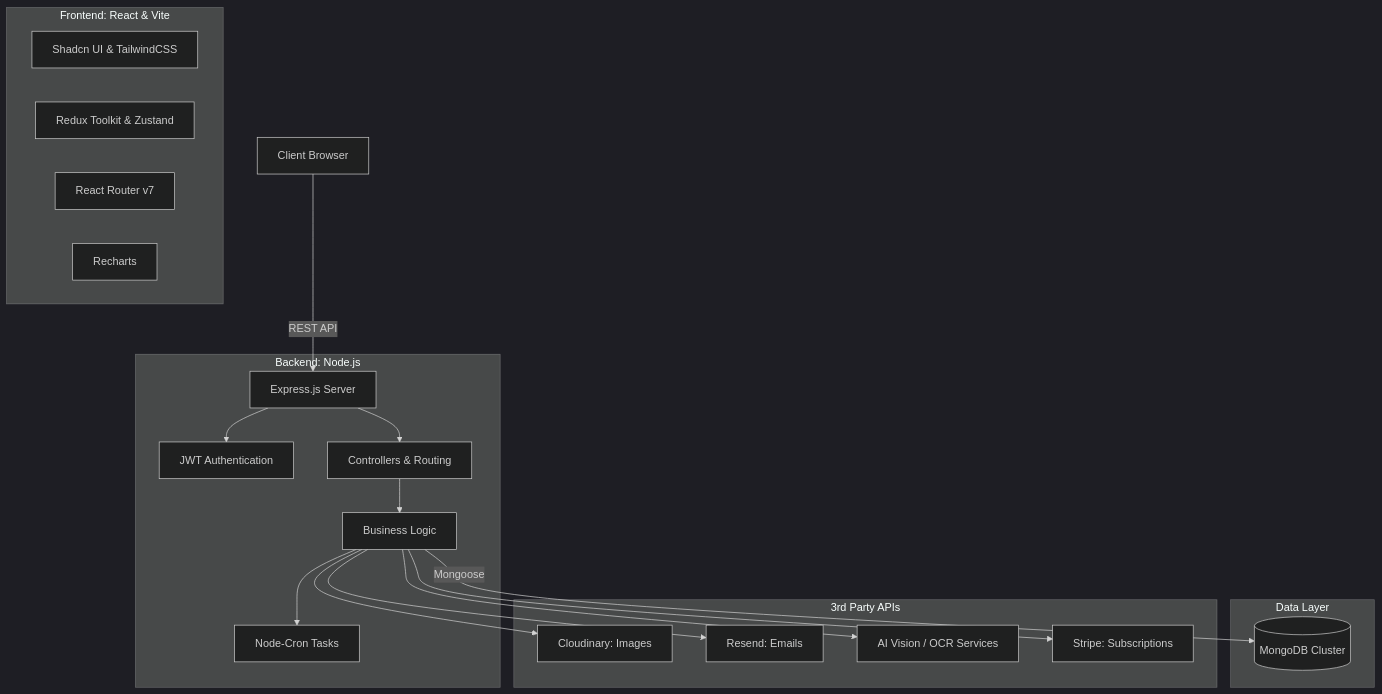
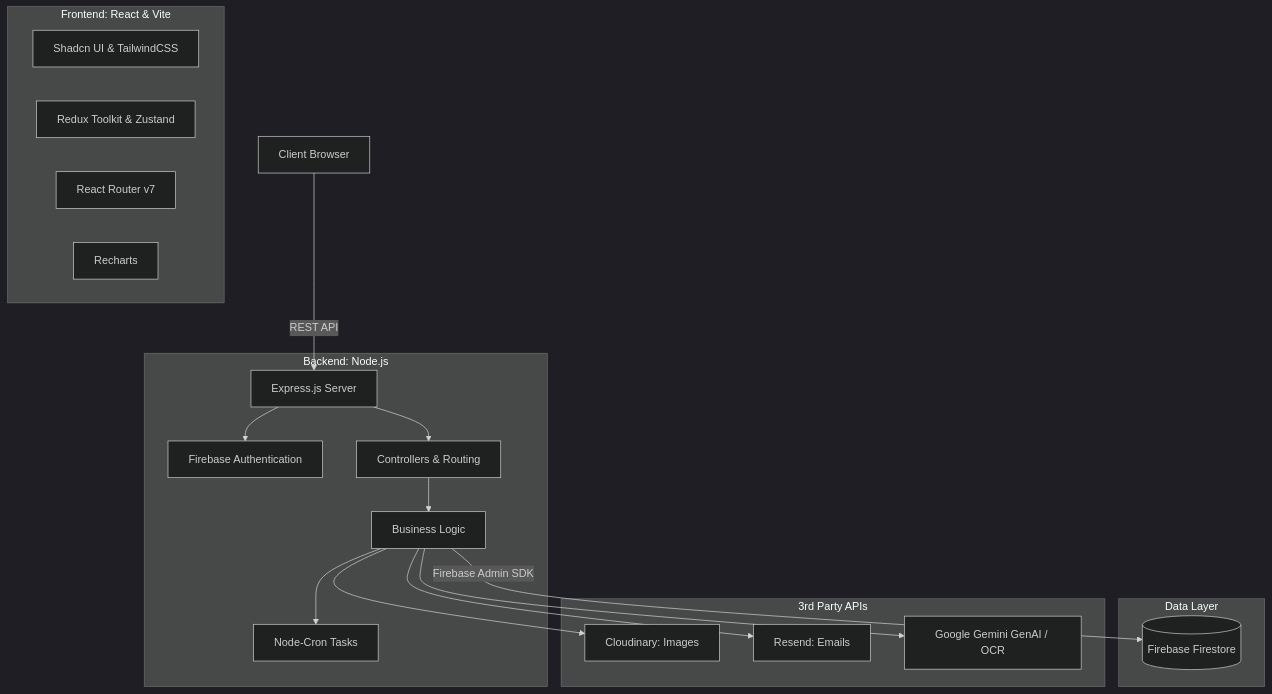
The diagram in README.md (bismay70/finsathi), drawn with Mermaid (dark theme) before and after one commit. The commit also changed other lines of this file and 36 other files, not shown here.

````diff
--- a/README.md
+++ b/README.md
@@ -66,29 +66,28 @@
 ```mermaid
 graph TD
     Client[Client Browser] -->|REST API| Express[Express.js Server]
     
     subgraph Frontend [Frontend: React & Vite]
         UI[Shadcn UI & TailwindCSS]
         State[Redux Toolkit & Zustand]
         Router[React Router v7]
         Charts[Recharts]
     end
     
     subgraph Backend [Backend: Node.js]
-        Express --> Auth[JWT Authentication]
+        Express --> Auth[Firebase Authentication]
         Express --> Controllers[Controllers & Routing]
         Controllers --> Services[Business Logic]
         Services --> CRON[Node-Cron Tasks]
     end
     
     subgraph Database [Data Layer]
-        Services -->|Mongoose| MongoDB[(MongoDB Cluster)]
+        Services -->|Firebase Admin SDK| Firestore[(Firebase Firestore)]
     end
     
     subgraph External Services [3rd Party APIs]
         Services --> Cloudinary[Cloudinary: Images]
         Services --> Resend[Resend: Emails]
-        Services --> AI[AI Vision / OCR Services]
-        Services --> Stripe[Stripe: Subscriptions]
+        Services --> AI[Google Gemini GenAI / OCR]
     end
 ```
````
